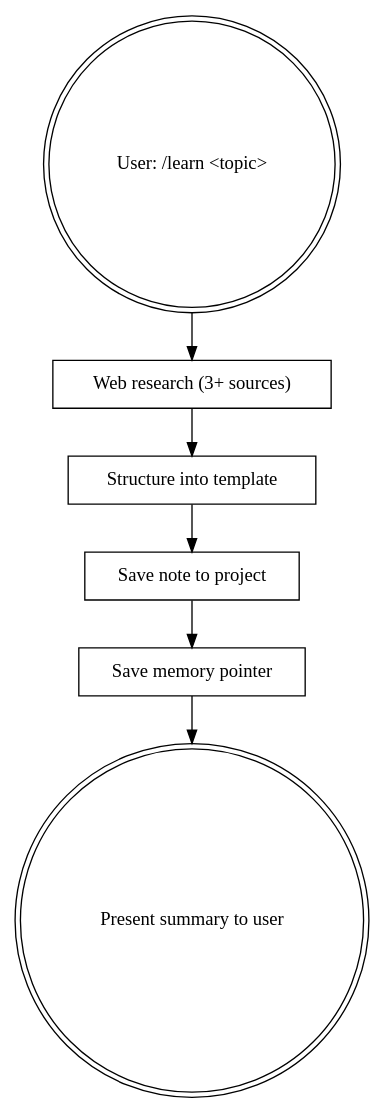
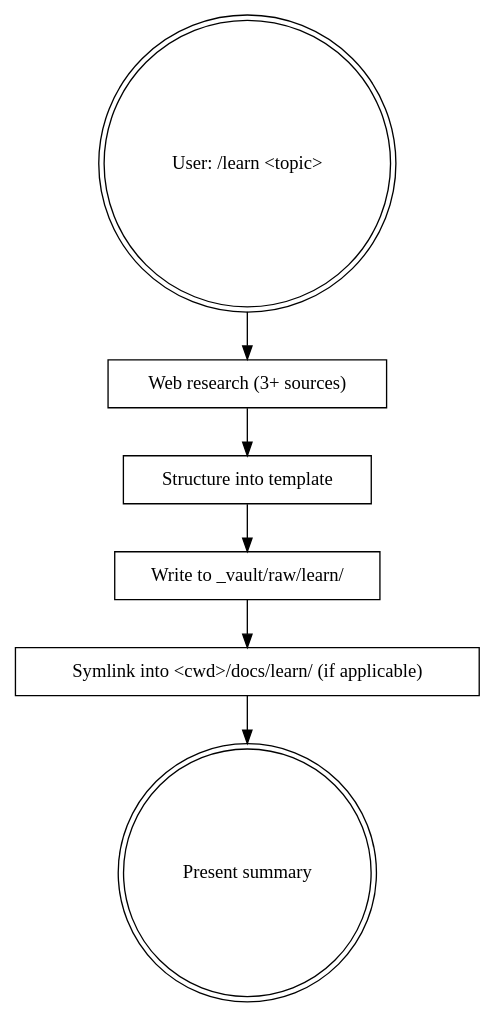
One commit to mad0ps/turbo-claude-code changed the diagram in skills/learn/SKILL.md. Above: the diagram before and after it, drawn with Graphviz. The commit also changed other lines of this file and 3 other files, not shown here.

First line of the commit message:
skills: align finish/save-context/learn with post-#33 vault flow

````diff
--- a/skills/learn/SKILL.md
+++ b/skills/learn/SKILL.md
@@ -14,17 +22,17 @@
 ```dot
 digraph learn {
     rankdir=TB;
     "User: /learn <topic>" [shape=doublecircle];
     "Web research (3+ sources)" [shape=box];
     "Structure into template" [shape=box];
-    "Save note to project" [shape=box];
-    "Save memory pointer" [shape=box];
-    "Present summary to user" [shape=doublecircle];
+    "Write to _vault/raw/learn/" [shape=box];
+    "Symlink into <cwd>/docs/learn/ (if applicable)" [shape=box];
+    "Present summary" [shape=doublecircle];
 
     "User: /learn <topic>" -> "Web research (3+ sources)";
     "Web research (3+ sources)" -> "Structure into template";
-    "Structure into template" -> "Save note to project";
-    "Save note to project" -> "Save memory pointer";
-    "Save memory pointer" -> "Present summary to user";
+    "Structure into template" -> "Write to _vault/raw/learn/";
+    "Write to _vault/raw/learn/" -> "Symlink into <cwd>/docs/learn/ (if applicable)";
+    "Symlink into <cwd>/docs/learn/ (if applicable)" -> "Present summary";
 }
 ```
````
